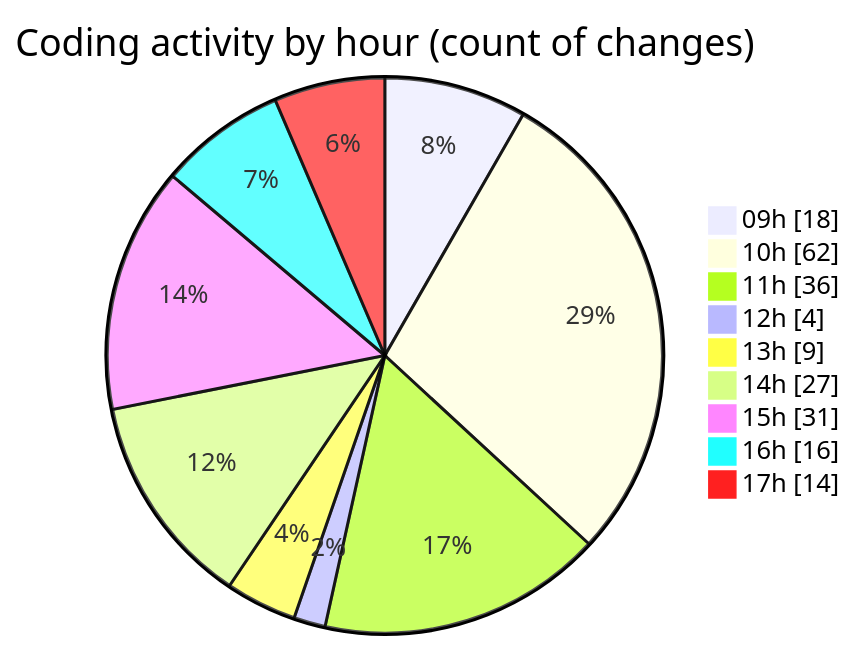
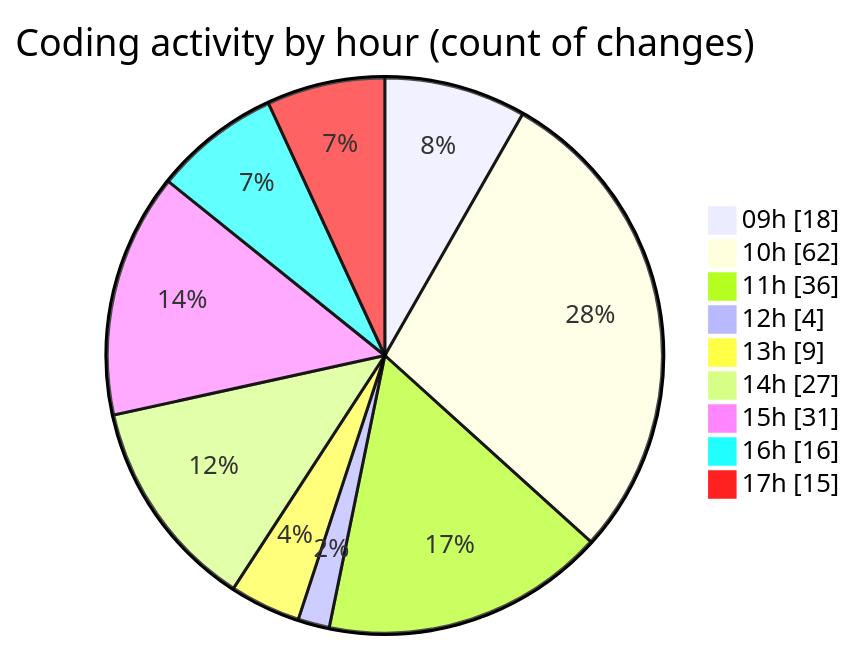
The second of 2 diagrams in 2025-07-01/cda/README.md (momahboobian/code-tracking), drawn with Mermaid before and after one commit. The commit also changed other lines of this file and 1 other file, not shown here.

````diff
--- a/2025-07-01/cda/README.md
+++ b/2025-07-01/cda/README.md
@@ -53,13 +53,13 @@
 ```mermaid
 pie showData
 title Coding activity by hour (count of changes)
 "09h" : 18
 "10h" : 62
 "11h" : 36
 "12h" : 4
 "13h" : 9
 "14h" : 27
 "15h" : 31
 "16h" : 16
-"17h" : 14
+"17h" : 15
 ```
````
